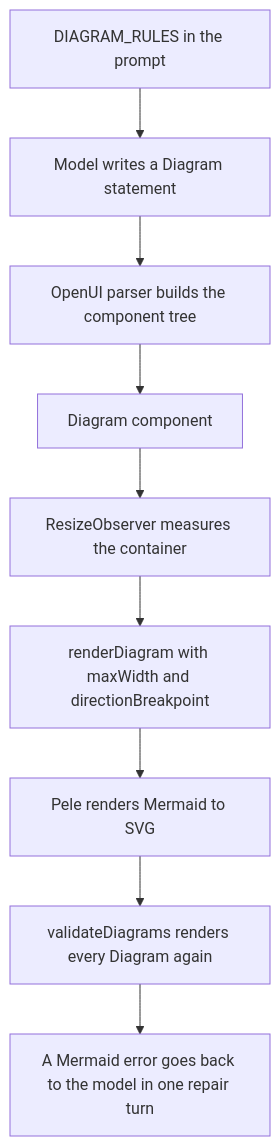
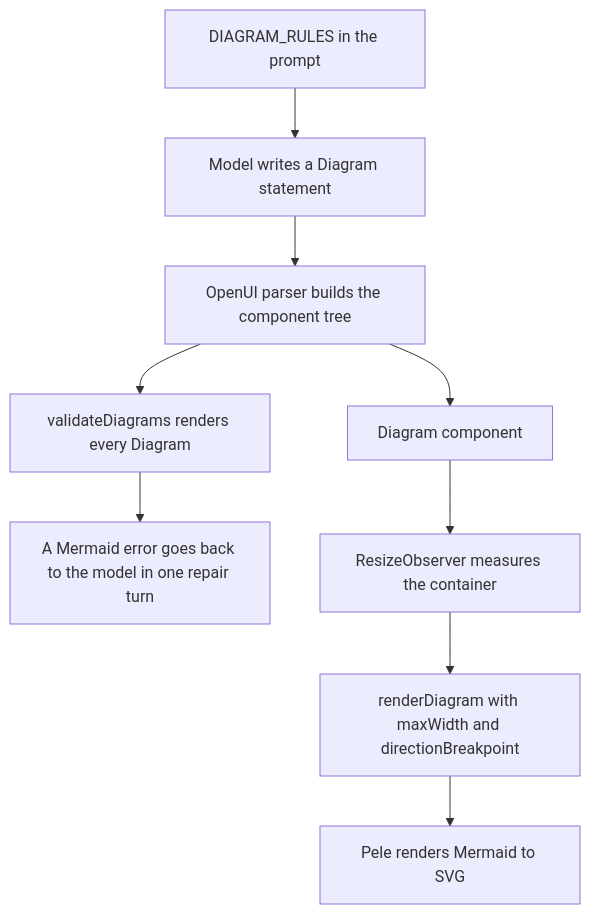
The first of 2 diagrams in openwiki/integrations/mermaid-diagrams.md (tamnt1707/siftlume), drawn with Mermaid before and after one commit. The commit also changed other lines of this file and 33 other files, not shown here.

````diff
--- a/openwiki/integrations/mermaid-diagrams.md
+++ b/openwiki/integrations/mermaid-diagrams.md
@@ -42,11 +47,11 @@
 ```mermaid
 flowchart TD
   R["DIAGRAM_RULES in the prompt"] --> M["Model writes a Diagram statement"]
   M --> PR["OpenUI parser builds the component tree"]
+  PR --> V["validateDiagrams renders every Diagram"]
+  V --> E["A Mermaid error goes back to the model in one repair turn"]
   PR --> C["Diagram component"]
   C --> W["ResizeObserver measures the container"]
   W --> RD["renderDiagram with maxWidth and directionBreakpoint"]
   RD --> S["Pele renders Mermaid to SVG"]
-  S --> V["validateDiagrams renders every Diagram again"]
-  V --> E["A Mermaid error goes back to the model in one repair turn"]
 ```
````
